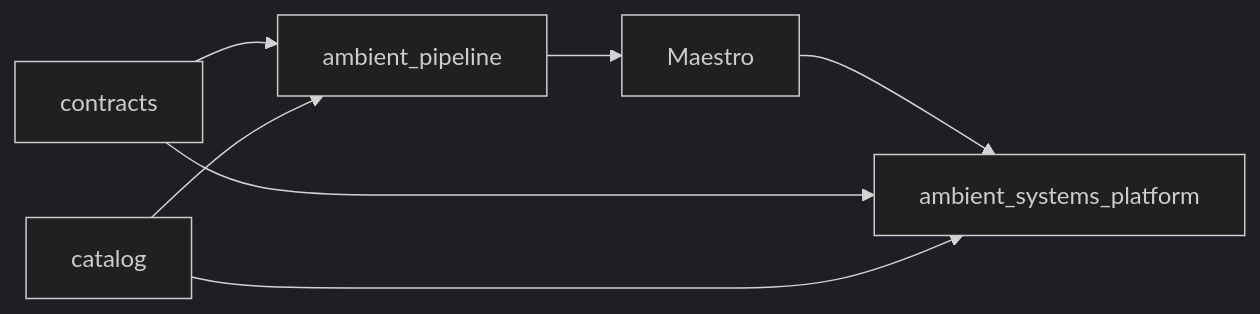
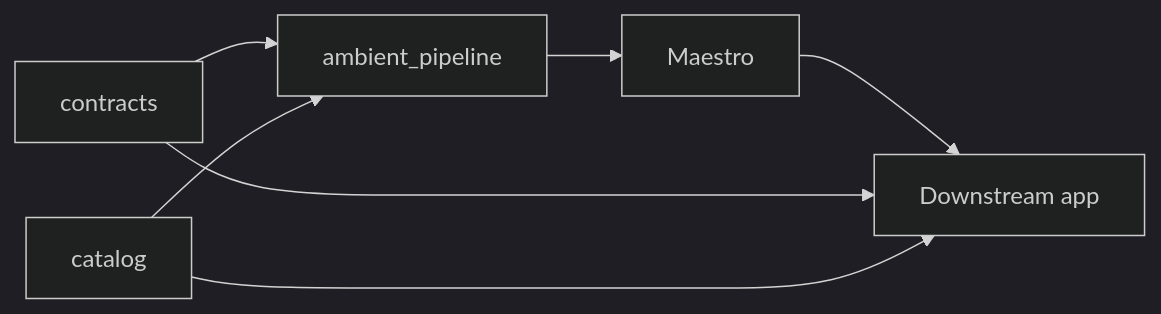
The first of 2 diagrams in docs/ECOSYSTEM.md (Ambient-Team/ambient-core), drawn with Mermaid (dark theme) before and after one commit. The commit also changed other lines of this file and 23 other files, not shown here.

````diff
--- a/docs/ECOSYSTEM.md
+++ b/docs/ECOSYSTEM.md
@@ -75,14 +39,14 @@
 ```mermaid
 flowchart LR
   contracts[contracts]
   catalog[catalog]
   pipeline[ambient_pipeline]
   maestro[Maestro]
-  platform[ambient_systems_platform]
+  downstream[Downstream app]
   contracts --> pipeline
   catalog --> pipeline
   pipeline --> maestro
-  maestro --> platform
-  contracts --> platform
-  catalog --> platform
+  maestro --> downstream
+  contracts --> downstream
+  catalog --> downstream
 ```
````
